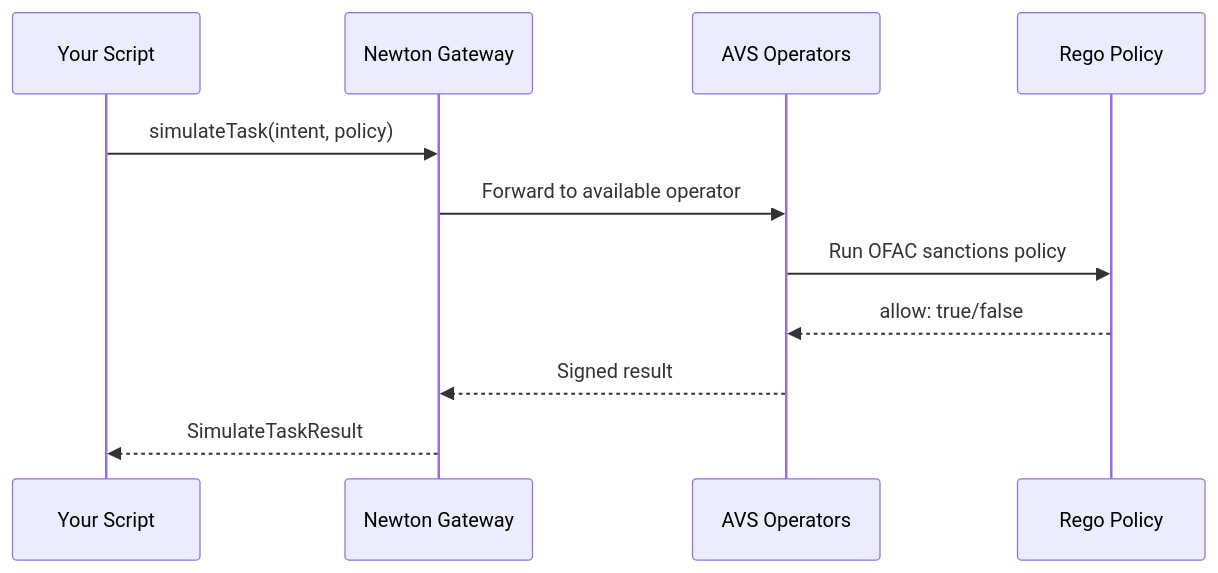
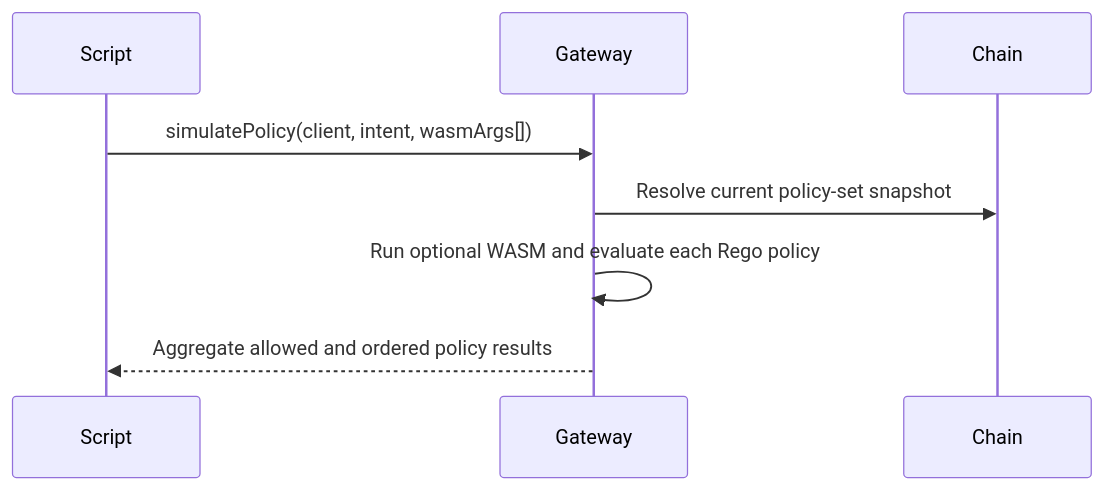
Before and after one commit to newt-foundation/newton-sdk: the diagram in site/src/pages/developers/overview/quickstart.mdx, drawn with Mermaid. The commit also changed other lines of this file and 33 other files, not shown here.

Commit message:
docs: document ordered policy sets

````diff
--- a/site/src/pages/developers/overview/quickstart.mdx
+++ b/site/src/pages/developers/overview/quickstart.mdx
@@ -154,14 +77,10 @@
 ```mermaid
 sequenceDiagram
-    participant You as Your Script
-    participant GW as Newton Gateway
-    participant Op as AVS Operators
-    participant Pol as Rego Policy
-
-    You->>GW: simulateTask(intent, policy)
-    GW->>Op: Forward to available operator
-    Op->>Pol: Run OFAC sanctions policy
-    Pol-->>Op: allow: true/false
-    Op-->>GW: Signed result
-    GW-->>You: SimulateTaskResult
+    participant Script
+    participant Gateway
+    participant Chain
+    Script->>Gateway: simulatePolicy(client, intent, wasmArgs[])
+    Gateway->>Chain: Resolve current policy-set snapshot
+    Gateway->>Gateway: Run optional WASM and evaluate each Rego policy
+    Gateway-->>Script: Aggregate allowed and ordered policy results
 ```
````
